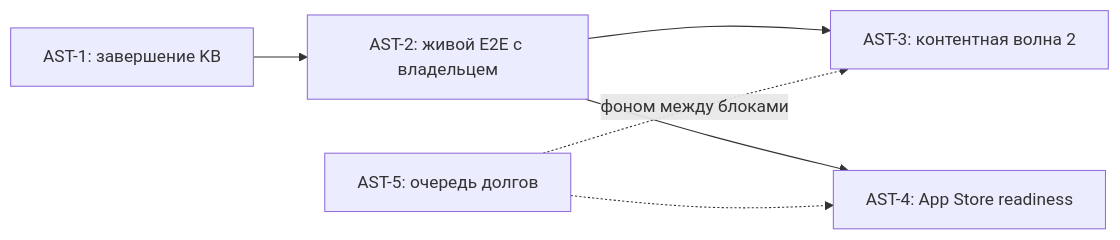
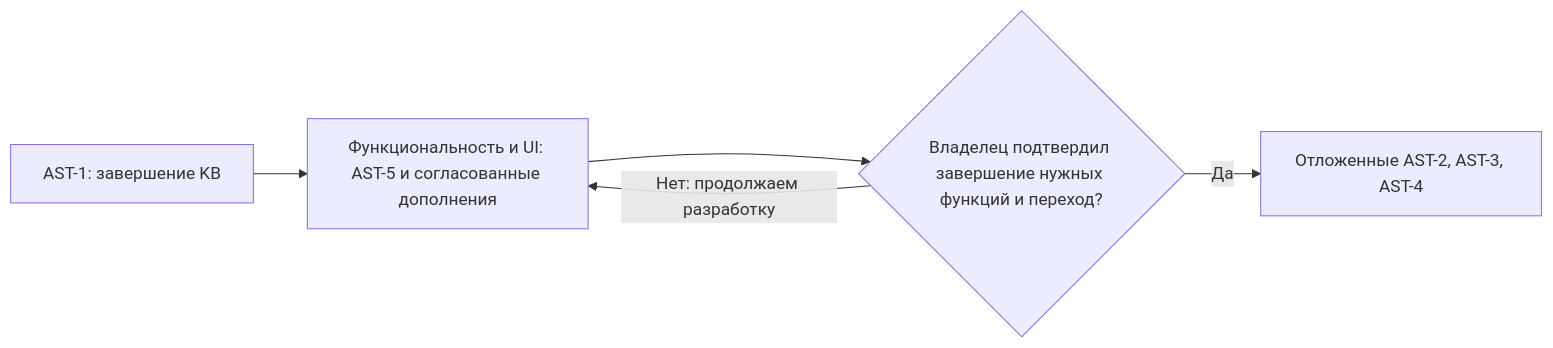
Before and after one commit to izzhackt/evo_AI_CRM: the diagram in docs/EVO_ASTRA_CONTINUATION_PLAN_2026-09-20.md, drawn with Mermaid. The commit also changed other lines of this file and 2 other files, not shown here.

````diff
--- a/docs/EVO_ASTRA_CONTINUATION_PLAN_2026-09-20.md
+++ b/docs/EVO_ASTRA_CONTINUATION_PLAN_2026-09-20.md
@@ -70,8 +75,7 @@
 ```mermaid
 flowchart LR
-  A1[AST-1: завершение KB] --> A2[AST-2: живой E2E с владельцем]
-  A2 --> A3[AST-3: контентная волна 2]
-  A2 --> A4[AST-4: App Store readiness]
-  A5[AST-5: очередь долгов] -.фоном между блоками.-> A3
-  A5 -.-> A4
+  A1[AST-1: завершение KB] --> F[Функциональность и UI: AST-5 и согласованные дополнения]
+  F --> D{Владелец подтвердил завершение нужных функций и переход?}
+  D -->|Нет: продолжаем разработку| F
+  D -->|Да| L[Отложенные AST-2, AST-3, AST-4]
 ```
````
